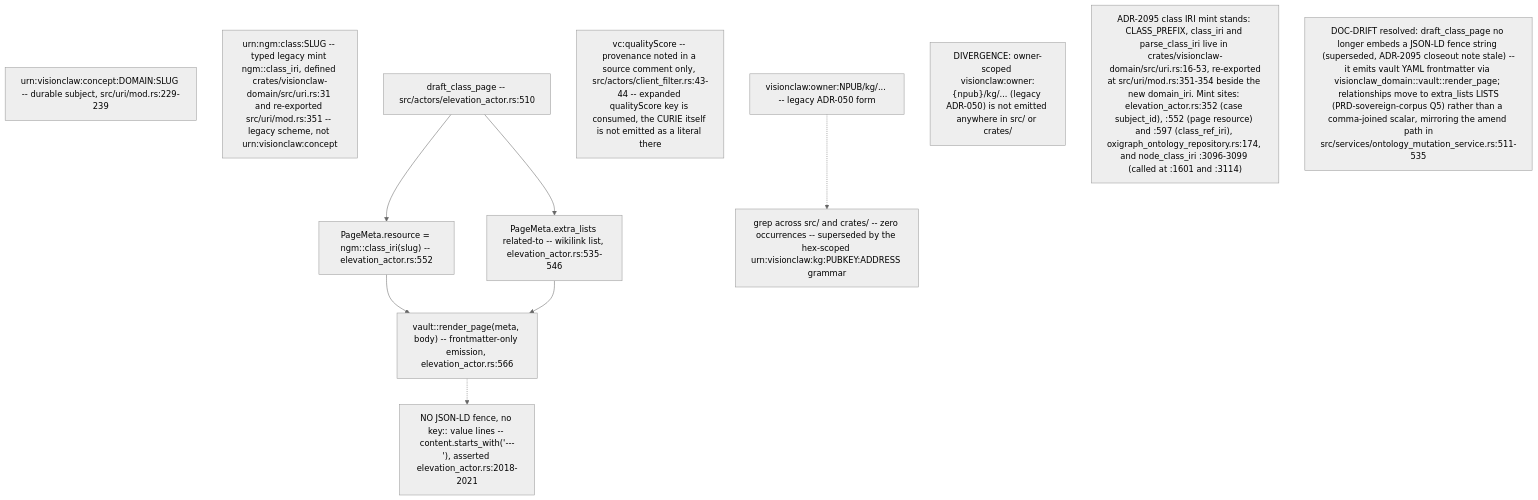
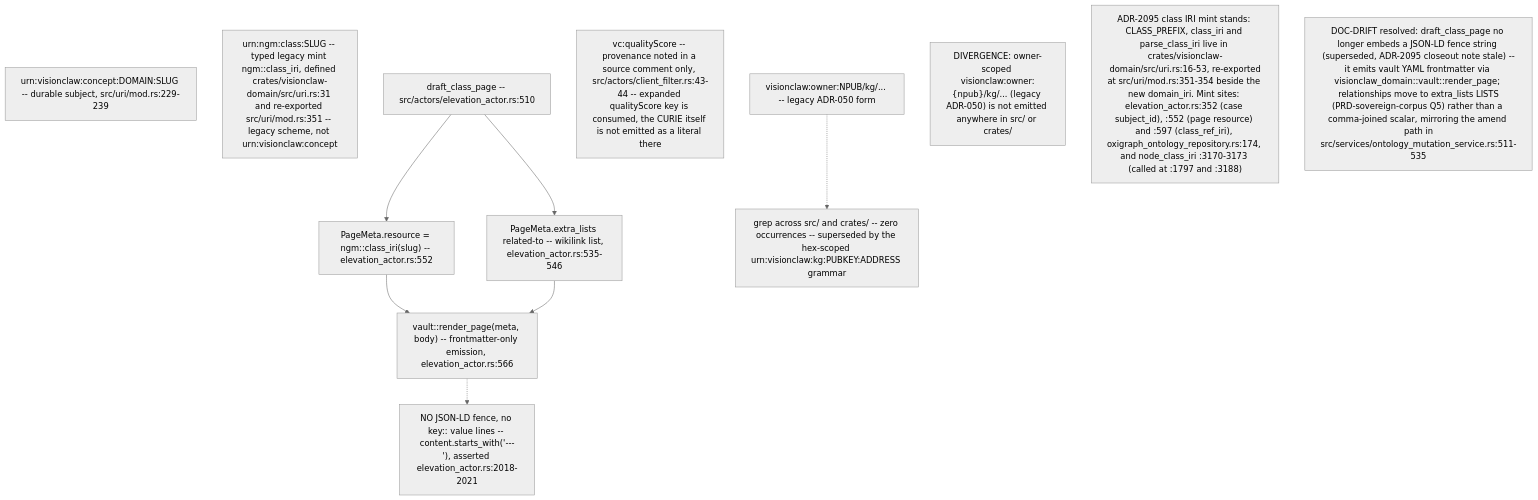
The ninth of 10 diagrams in docs/diagrams/visionclaw/23-identifiers-urn-did-sha12.md (DreamLab-AI/VisionFlow), drawn with Mermaid (neutral theme) before and after one commit. The commit also changed other lines of this file and 46 other files, not shown here.

Commit message:
docs(diagrams): re-verify VisionClaw topics at 809a859aa/a950f4d80 after the consolidation pass

````diff
--- a/docs/diagrams/visionclaw/23-identifiers-urn-did-sha12.md
+++ b/docs/diagrams/visionclaw/23-identifiers-urn-did-sha12.md
@@ -328,16 +328,16 @@
 ```mermaid
 flowchart TD
     Concept["urn:visionclaw:concept:DOMAIN:SLUG -- durable subject, src/uri/mod.rs:229-239"]
     LegacyClass["urn:ngm:class:SLUG -- typed legacy mint ngm::class_iri, defined crates/visionclaw-domain/src/uri.rs:31 and re-exported src/uri/mod.rs:351 -- legacy scheme, not urn:visionclaw:concept"]
     Draft["draft_class_page -- src/actors/elevation_actor.rs:510"] --> Meta["PageMeta.resource = ngm::class_iri(slug) -- elevation_actor.rs:552"]
     Draft --> Lists["PageMeta.extra_lists related-to -- wikilink list, elevation_actor.rs:535-546"]
     Meta --> Render["vault::render_page(meta, body) -- frontmatter-only emission, elevation_actor.rs:566"]
     Lists --> Render
     Render -.-> NoFence["NO JSON-LD fence, no key:: value lines -- content.starts_with('---\n'), asserted elevation_actor.rs:2018-2021"]
     QS["vc:qualityScore -- provenance noted in a source comment only, src/actors/client_filter.rs:43-44 -- expanded qualityScore key is consumed, the CURIE itself is not emitted as a literal there"]
     OwnerScoped["visionclaw:owner:NPUB/kg/... -- legacy ADR-050 form"] -.-> Absent["grep across src/ and crates/ -- zero occurrences -- superseded by the hex-scoped urn:visionclaw:kg:PUBKEY:ADDRESS grammar"]
 
     DivB["DIVERGENCE: owner-scoped visionclaw:owner:{npub}/kg/... (legacy ADR-050) is not emitted anywhere in src/ or crates/"]
-    DriftX["ADR-2095 class IRI mint stands: CLASS_PREFIX, class_iri and parse_class_iri live in crates/visionclaw-domain/src/uri.rs:16-53, re-exported<br/>at src/uri/mod.rs:351-354 beside the new domain_iri. Mint sites: elevation_actor.rs:352 (case subject_id), :552 (page resource) and :597 (class_ref_iri), oxigraph_ontology_repository.rs:174, and node_class_iri :3096-3099 (called at :1601 and :3114)"]
+    DriftX["ADR-2095 class IRI mint stands: CLASS_PREFIX, class_iri and parse_class_iri live in crates/visionclaw-domain/src/uri.rs:16-53, re-exported<br/>at src/uri/mod.rs:351-354 beside the new domain_iri. Mint sites: elevation_actor.rs:352 (case subject_id), :552 (page resource) and :597 (class_ref_iri), oxigraph_ontology_repository.rs:174, and node_class_iri :3170-3173 (called at :1797 and :3188)"]
     Refactor["DOC-DRIFT resolved: draft_class_page no longer embeds a JSON-LD fence string (superseded, ADR-2095 closeout note stale) --<br/>it emits vault YAML frontmatter via visionclaw_domain::vault::render_page; relationships move to extra_lists LISTS<br/>(PRD-sovereign-corpus Q5) rather than a comma-joined scalar, mirroring the amend path in<br/>src/services/ontology_mutation_service.rs:511-535"]
 ```
````
